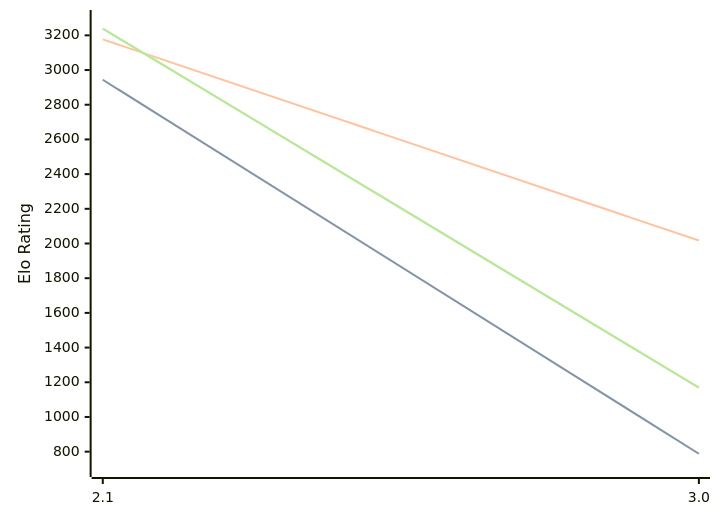
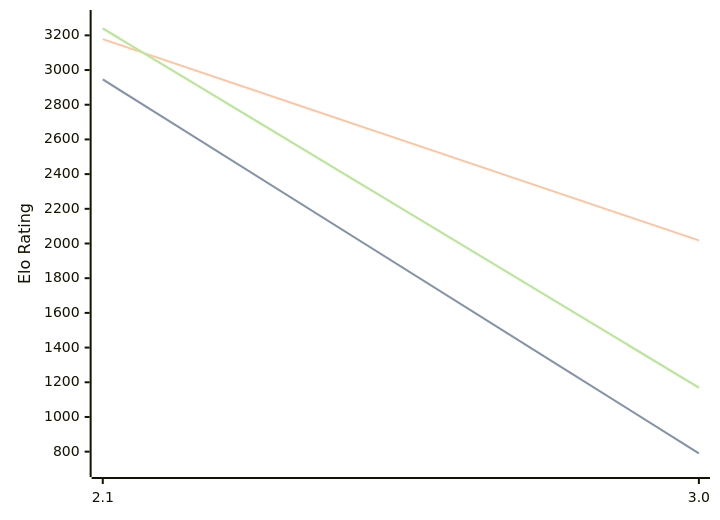
The third of 3 diagrams in engines/Quirky.md (computer-chess-index/cci), drawn with Mermaid before and after one commit. The commit also changed other lines of this file, not shown here.

Commit message:
Update CCI Ratings (ELO VLTC) - 2026-06-30

````diff
--- a/engines/Quirky.md
+++ b/engines/Quirky.md
@@ -67,11 +67,11 @@
 ```mermaid
 %%{init: {"theme":"base","themeVariables":{"seriesColors:['#a3a3a3','#222221','#faa371']}}}%%
 xychart-beta
   x-axis ["2.1", "3.0"]
   y-axis "Elo Rating" 700 --> 3300
-  line "STC (8.0+0.08s)" [2944, 788]
-  line "STC (8.0+0.08s)" [2944, 788]
-  line "LTC (60.0+0.60s)" [3177, 2017]
-  line "VLTC (2m24s+1.12s)" [3239, 1169]
-  line "VLTC (2m24s+1.12s)" [3239, 1169]
+  line "STC (8.0+0.08s)" [2946, 790]
+  line "STC (8.0+0.08s)" [2946, 790]
+  line "LTC (60.0+0.60s)" [3178, 2018]
+  line "VLTC (2m24s+1.12s)" [3240, 1169]
+  line "VLTC (2m24s+1.12s)" [3240, 1169]
 ```
````
